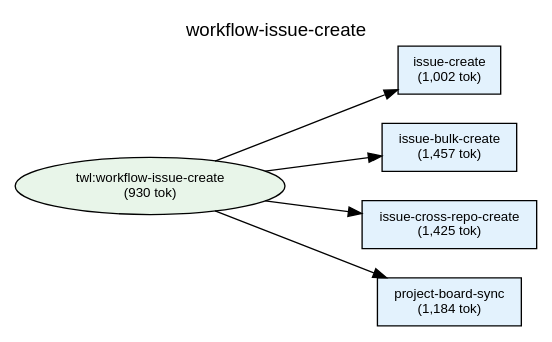
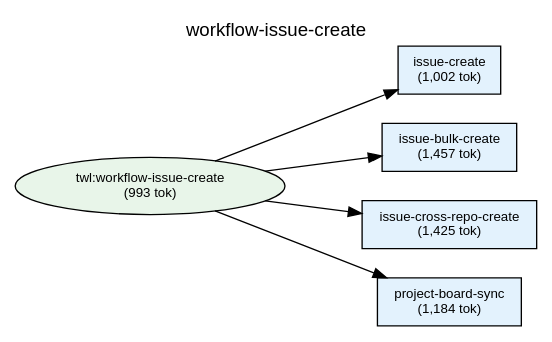
One commit to shuu5/twill changed the diagram in plugins/twl/docs/deps-workflow-issue-create.dot. Above: the diagram before and after it, drawn with Graphviz. The commit also changed 21 other files, not shown here.

```diff
--- a/plugins/twl/docs/deps-workflow-issue-create.dot
+++ b/plugins/twl/docs/deps-workflow-issue-create.dot
@@ -1,51 +1,51 @@
 digraph Dependencies {
     // Graph settings
     rankdir=LR;
     ranksep=0.8;
     nodesep=0.3;
     fontname="Helvetica";
     node [fontname="Helvetica", fontsize=10];
     edge [fontname="Helvetica", fontsize=9];
     label="workflow-issue-create";
     labelloc=t;
     fontsize=14;
 
     // L0: Controller Skills
 
     // L0: Launchers
 
     // L0.5: Workflow Skills
-    skill_workflow_issue_create [label="twl:workflow-issue-create\n(930 tok)", shape=ellipse, style=filled, fillcolor="#e8f5e9"];
+    skill_workflow_issue_create [label="twl:workflow-issue-create\n(993 tok)", shape=ellipse, style=filled, fillcolor="#e8f5e9"];
 
     // Reference Skills
 
     // L1: Direct Commands
     cmd_issue_create [label="issue-create\n(1,002 tok)", shape=box, style=filled, fillcolor="#e3f2fd"];
     cmd_issue_bulk_create [label="issue-bulk-create\n(1,457 tok)", shape=box, style=filled, fillcolor="#e3f2fd"];
     cmd_issue_cross_repo_create [label="issue-cross-repo-create\n(1,425 tok)", shape=box, style=filled, fillcolor="#e3f2fd"];
     cmd_project_board_sync [label="project-board-sync\n(1,184 tok)", shape=box, style=filled, fillcolor="#e3f2fd"];
 
     // L2: Sub Commands
 
     // L3: Agents
 
     // L3.5: Scripts
 
     // L4: External
 
     // Layer constraints
     { rank=same; skill_workflow_issue_create; }
     { rank=same; cmd_issue_create; cmd_issue_bulk_create; cmd_issue_cross_repo_create; cmd_project_board_sync; }
 
     // Edges
     skill_workflow_issue_create -> cmd_issue_create;
     skill_workflow_issue_create -> cmd_issue_bulk_create;
     skill_workflow_issue_create -> cmd_issue_cross_repo_create;
     skill_workflow_issue_create -> cmd_project_board_sync;
 
     // Ordering constraints (invisible edges)
     cmd_issue_create -> cmd_issue_bulk_create [style=invis, weight=10];
     cmd_issue_bulk_create -> cmd_issue_cross_repo_create [style=invis, weight=10];
     cmd_issue_cross_repo_create -> cmd_project_board_sync [style=invis, weight=10];
 
 }
```
